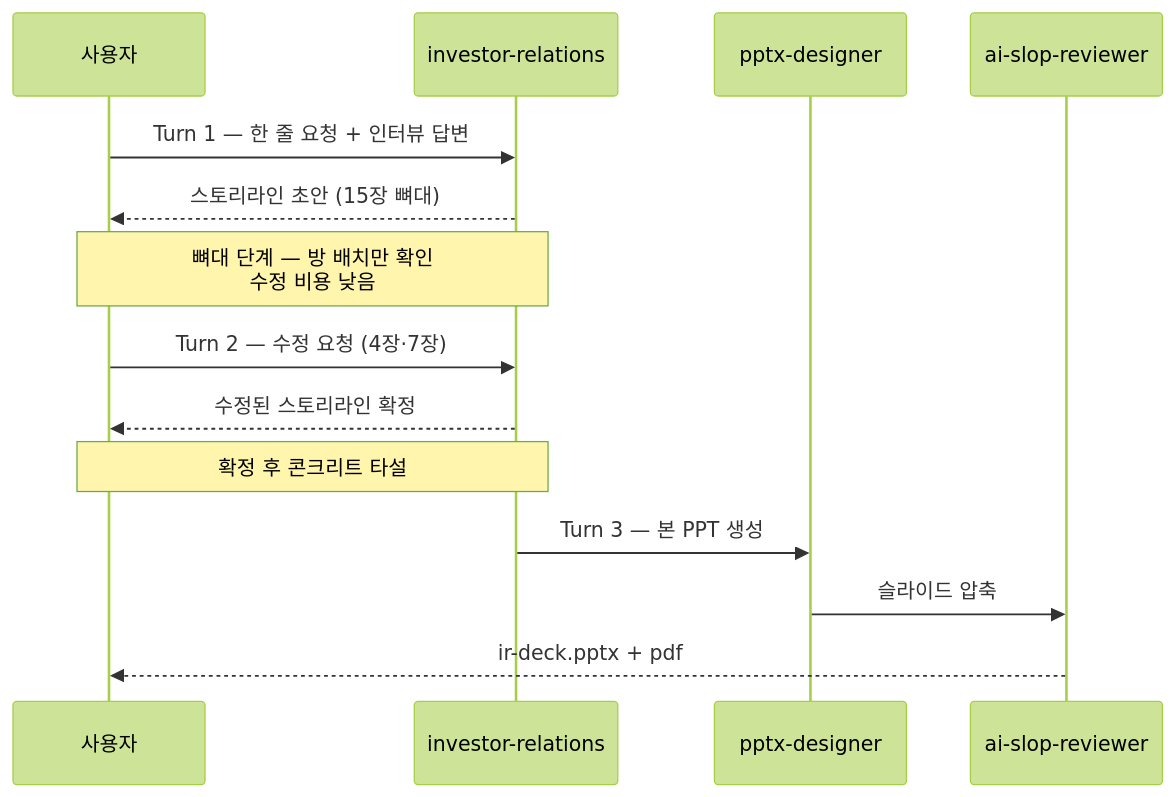
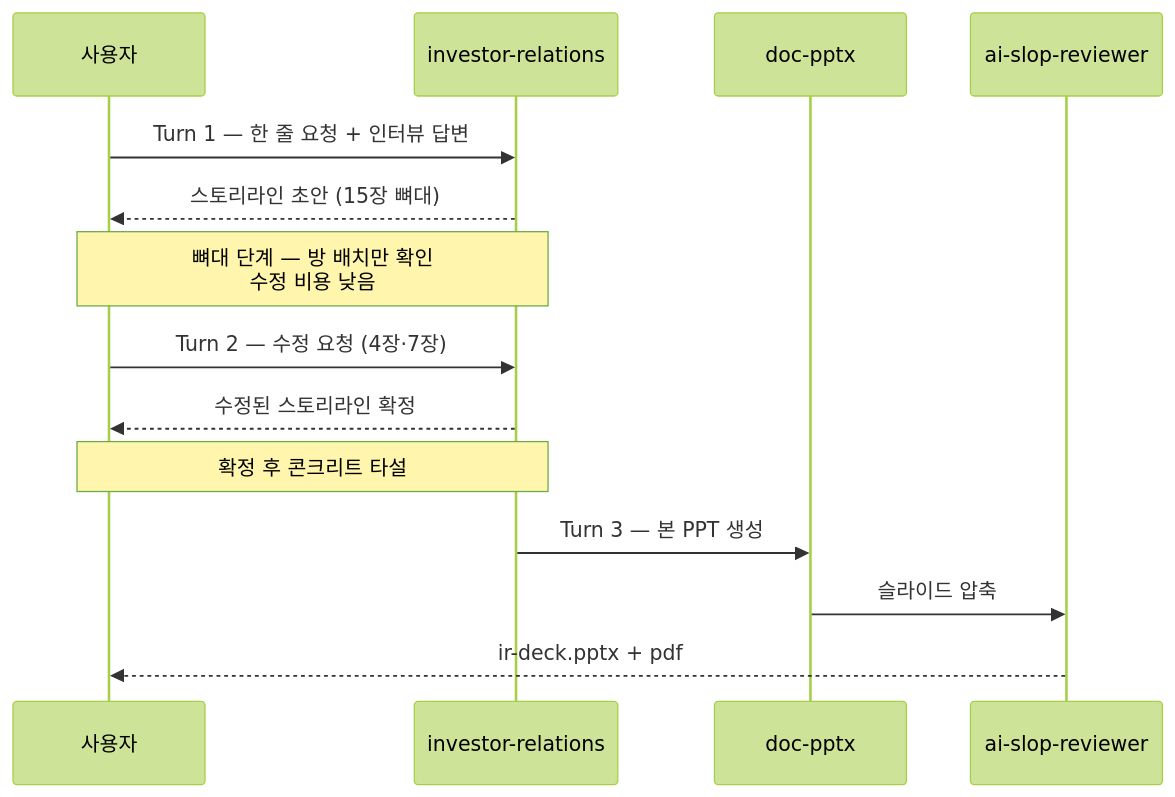
Before and after one commit to modu-ai/cowork-plugins: the third of 4 diagrams in www/content/cookbook/ir-deck.md, drawn with Mermaid (forest theme). The commit also changed other lines of this file and 45 other files, not shown here.

First line of the commit message:
docs(www): 스킬명 정합 + 깨진 링크 수정 + mermaid 보강

````diff
--- a/www/content/cookbook/ir-deck.md
+++ b/www/content/cookbook/ir-deck.md
@@ -122,17 +122,17 @@
 ```mermaid
 sequenceDiagram
    participant U as 사용자
    participant IR as investor-relations
-   participant PPT as pptx-designer
+   participant PPT as doc-pptx
    participant SLP as ai-slop-reviewer
 
    U->>IR: Turn 1 — 한 줄 요청 + 인터뷰 답변
    IR-->>U: 스토리라인 초안 (15장 뼈대)
    Note over U,IR: 뼈대 단계 — 방 배치만 확인<br/>수정 비용 낮음
    U->>IR: Turn 2 — 수정 요청 (4장·7장)
    IR-->>U: 수정된 스토리라인 확정
    Note over U,IR: 확정 후 콘크리트 타설
    IR->>PPT: Turn 3 — 본 PPT 생성
    PPT->>SLP: 슬라이드 압축
    SLP-->>U: ir-deck.pptx + pdf
 ```
````
